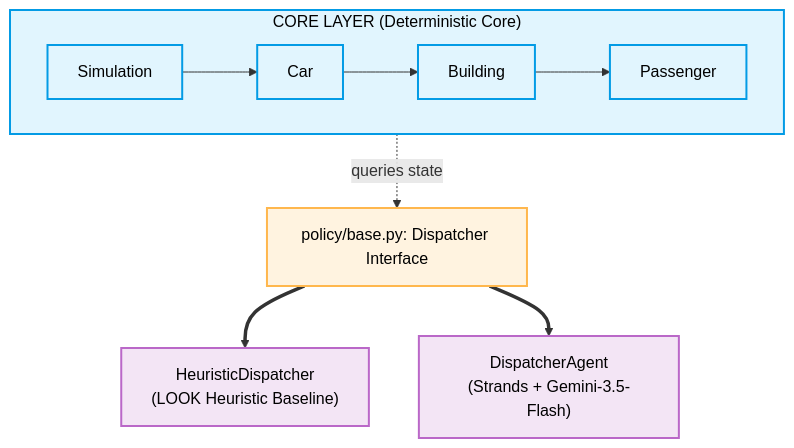
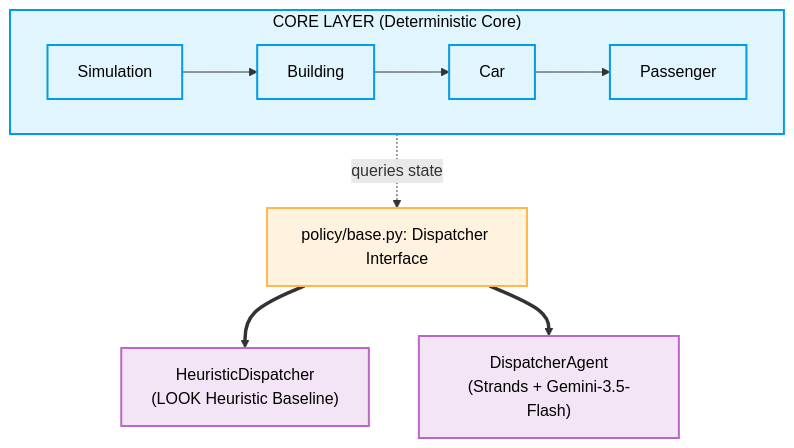
The diagram in docs/design.md (minho5889/elevator-simulator), drawn with Mermaid before and after one commit. The commit also changed 4 other files, not shown here.

Commit message:
feat:core:t1 implement stochastic passenger spawner and runners why=stochastic-traffic-generation paths=src/elevatorsim/core/traffic.py,src/elevatorsim/core/simulation.py,src/elevatorsim/runners/run_tier1.py,tests/test_traffic.py,docs/design.md tests=core:pass,smoke:pass break=0

````diff
--- a/docs/design.md
+++ b/docs/design.md
@@ -20,24 +20,24 @@
 ```mermaid
 flowchart TD
     subgraph Core ["CORE LAYER (Deterministic Core)"]
         direction LR
-        Simulation["Simulation"] --> Car["Car"] --> Building["Building"] --> Passenger["Passenger"]
+        Simulation["Simulation"] --> Building["Building"] --> Car["Car"] --> Passenger["Passenger"]
     end
 
     Dispatcher["policy/base.py: Dispatcher Interface"]
 
     Heuristic["HeuristicDispatcher<br>(LOOK Heuristic Baseline)"]
     Agent["DispatcherAgent<br>(Strands + Gemini-3.5-Flash)"]
 
     Core -.->|queries state| Dispatcher
     Dispatcher ==> Heuristic
     Dispatcher ==> Agent
 
     classDef core fill:#e1f5fe,stroke:#039be5,stroke-width:2px,color:#000;
     classDef interface fill:#fff3e0,stroke:#ffb74d,stroke-width:2px,color:#000;
     classDef impl fill:#f3e5f5,stroke:#ba68c8,stroke-width:2px,color:#000;
 
     class Core,Simulation,Car,Building,Passenger core;
     class Dispatcher interface;
     class Heuristic,Agent impl;
 ```
````
